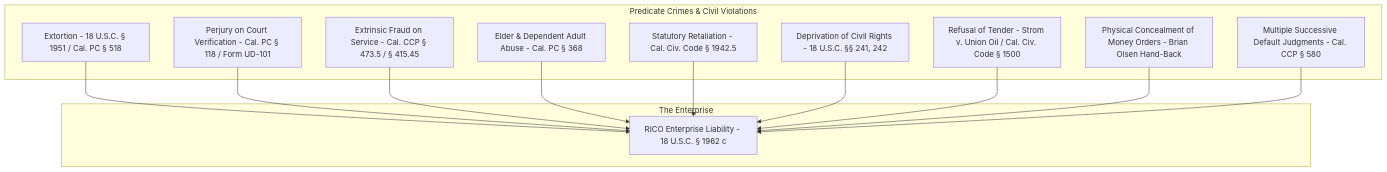
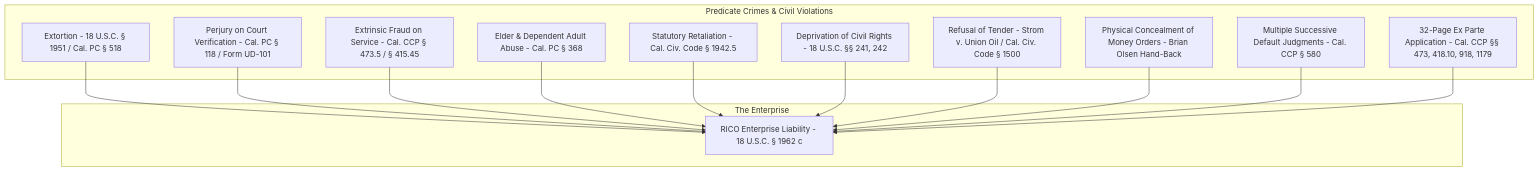
One commit to Tonypost949/OsintNeoAi changed the diagram in evidence/OFFICIAL_WOODBRIDGE_EVICTION_EXTORTION_DOSSIER.md. Above: the diagram before and after it, drawn with Mermaid. The commit also changed other lines of this file and 2 other files, not shown here.

Commit message:
Integrate authenticated 32-page Ex Parte motion pages, statutory grounds (CCP 473, 418.10, 918, 1179), and August 23, 2021 Minute Order (Doc ID 114054510)

````diff
--- a/evidence/OFFICIAL_WOODBRIDGE_EVICTION_EXTORTION_DOSSIER.md
+++ b/evidence/OFFICIAL_WOODBRIDGE_EVICTION_EXTORTION_DOSSIER.md
@@ -255,28 +255,30 @@
 ```mermaid
 graph TD
     subgraph Predicate Crimes & Civil Violations
         EXT[Extortion - 18 U.S.C. § 1951 / Cal. PC § 518]
         PERJ[Perjury on Court Verification - Cal. PC § 118 / Form UD-101]
         FRAUD[Extrinsic Fraud on Service - Cal. CCP § 473.5 / § 415.45]
         ABUSE[Elder & Dependent Adult Abuse - Cal. PC § 368]
         RETAL[Statutory Retaliation - Cal. Civ. Code § 1942.5]
         CIVIL[Deprivation of Civil Rights - 18 U.S.C. §§ 241, 242]
         TENDER[Refusal of Tender - Strom v. Union Oil / Cal. Civ. Code § 1500]
         CONCEAL[Physical Concealment of Money Orders - Brian Olsen Hand-Back]
         MULT[Multiple Successive Default Judgments - Cal. CCP § 580]
+        EXPARTE[32-Page Ex Parte Application - Cal. CCP §§ 473, 418.10, 918, 1179]
     end
 
     subgraph The Enterprise
         RICO[RICO Enterprise Liability - 18 U.S.C. § 1962 c]
     end
 
     EXT --> RICO
     PERJ --> RICO
     FRAUD --> RICO
     ABUSE --> RICO
     RETAL --> RICO
     CIVIL --> RICO
     TENDER --> RICO
     CONCEAL --> RICO
     MULT --> RICO
+    EXPARTE --> RICO
 ```
````
